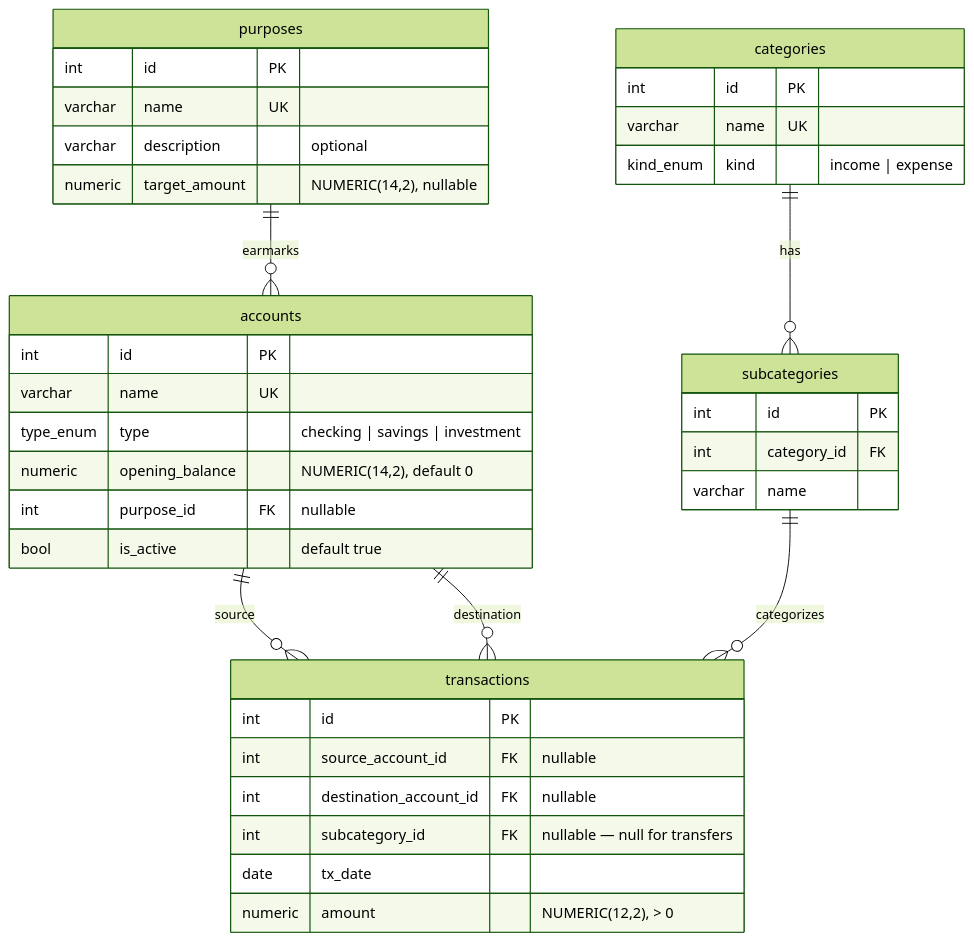
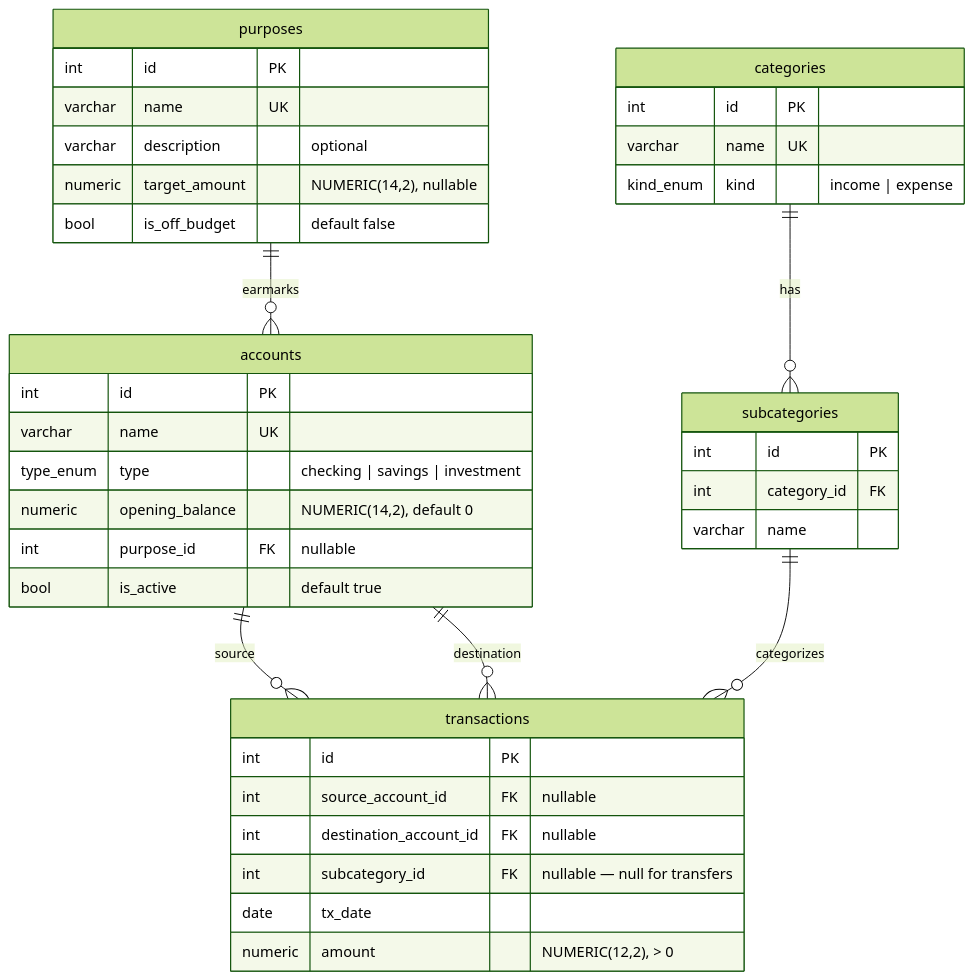
Before and after one commit to MCesarczyk/home-budget-planner: the second of 3 diagrams in docs/schema_design.md, drawn with Mermaid (forest theme). The commit also changed other lines of this file and 6 other files, not shown here.

Commit message:
feat: finish the off_budget flag handling

````diff
--- a/docs/schema_design.md
+++ b/docs/schema_design.md
@@ -158,45 +158,46 @@
 ```mermaid
 erDiagram
     purposes ||--o{ accounts : "earmarks"
     accounts ||--o{ transactions : "source"
     accounts ||--o{ transactions : "destination"
     categories ||--o{ subcategories : "has"
     subcategories ||--o{ transactions : "categorizes"
 
     purposes {
         int         id PK
         varchar     name UK
         varchar     description "optional"
         numeric     target_amount "NUMERIC(14,2), nullable"
+        bool        is_off_budget "default false"
     }
 
     accounts {
         int         id PK
         varchar     name UK
         type_enum   type "checking | savings | investment"
         numeric     opening_balance "NUMERIC(14,2), default 0"
         int         purpose_id FK "nullable"
         bool        is_active "default true"
     }
 
     categories {
         int         id PK
         varchar     name UK
         kind_enum   kind "income | expense"
     }
 
     subcategories {
         int         id PK
         int         category_id FK
         varchar     name
     }
 
     transactions {
         int         id PK
         int         source_account_id FK "nullable"
         int         destination_account_id FK "nullable"
         int         subcategory_id FK "nullable — null for transfers"
         date        tx_date
         numeric     amount "NUMERIC(12,2), > 0"
     }
 ```
````
